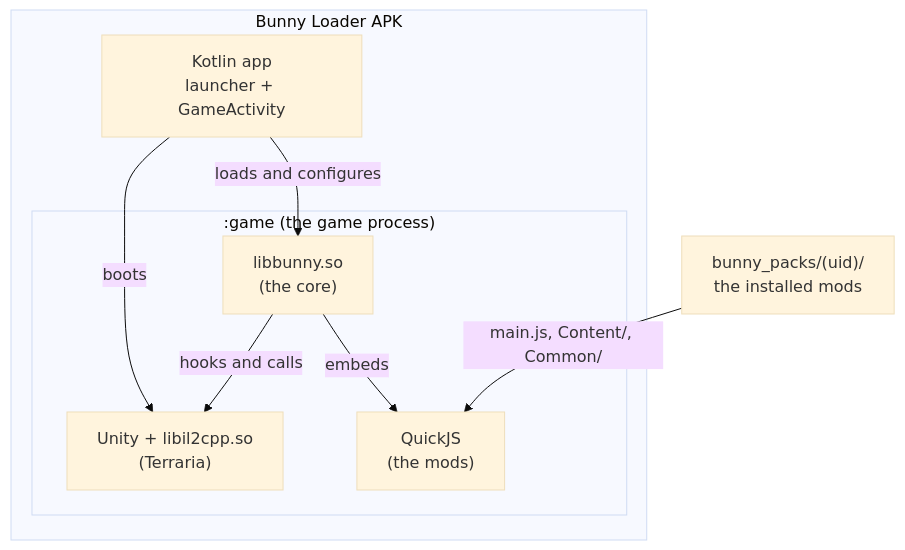
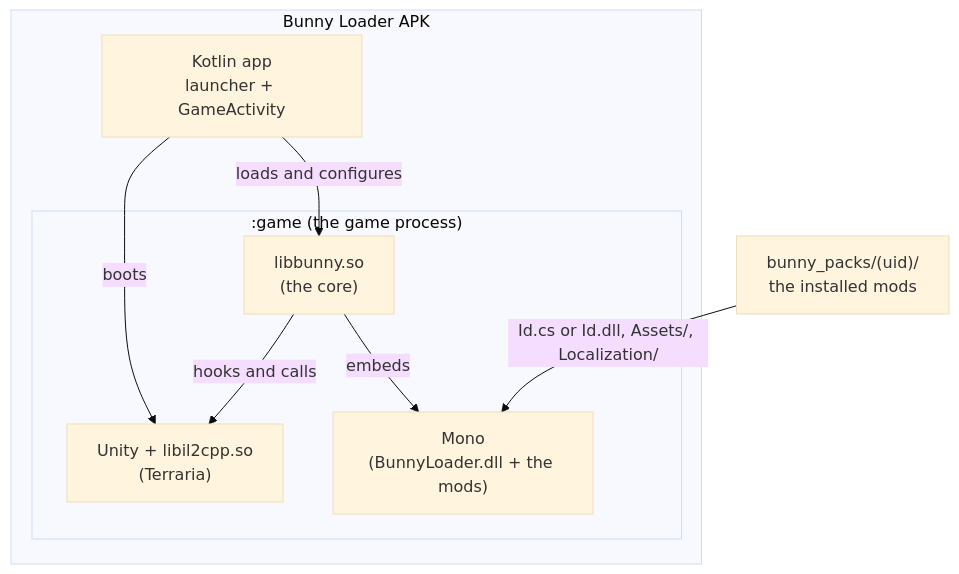
One commit to JonataOliveiraa/Bunny-Loader changed the first of 2 diagrams in docs/nucleo/README.md. Above: the diagram before and after it, drawn with Mermaid (base theme). The commit also changed other lines of this file and 33 other files, not shown here.

First line of the commit message:
docs: C# only outside the history; Bunny Loader x tModLoader

````diff
--- a/docs/nucleo/README.md
+++ b/docs/nucleo/README.md
@@ -43,17 +40,17 @@
 ```mermaid
 flowchart TB
     subgraph APK["Bunny Loader APK"]
         K["Kotlin app<br/>launcher + GameActivity"]
         subgraph P[":game (the game process)"]
             U["Unity + libil2cpp.so<br/>(Terraria)"]
             B["libbunny.so<br/>(the core)"]
-            Q["QuickJS<br/>(the mods)"]
+            Q["Mono<br/>(BunnyLoader.dll + the mods)"]
         end
     end
     M["bunny_packs/(uid)/<br/>the installed mods"]
     K -- "boots" --> U
     K -- "loads and configures" --> B
     B -- "hooks and calls" --> U
     B -- "embeds" --> Q
-    M -- "main.js, Content/, Common/" --> Q
+    M -- "Id.cs or Id.dll, Assets/, Localization/" --> Q
 ```
````
